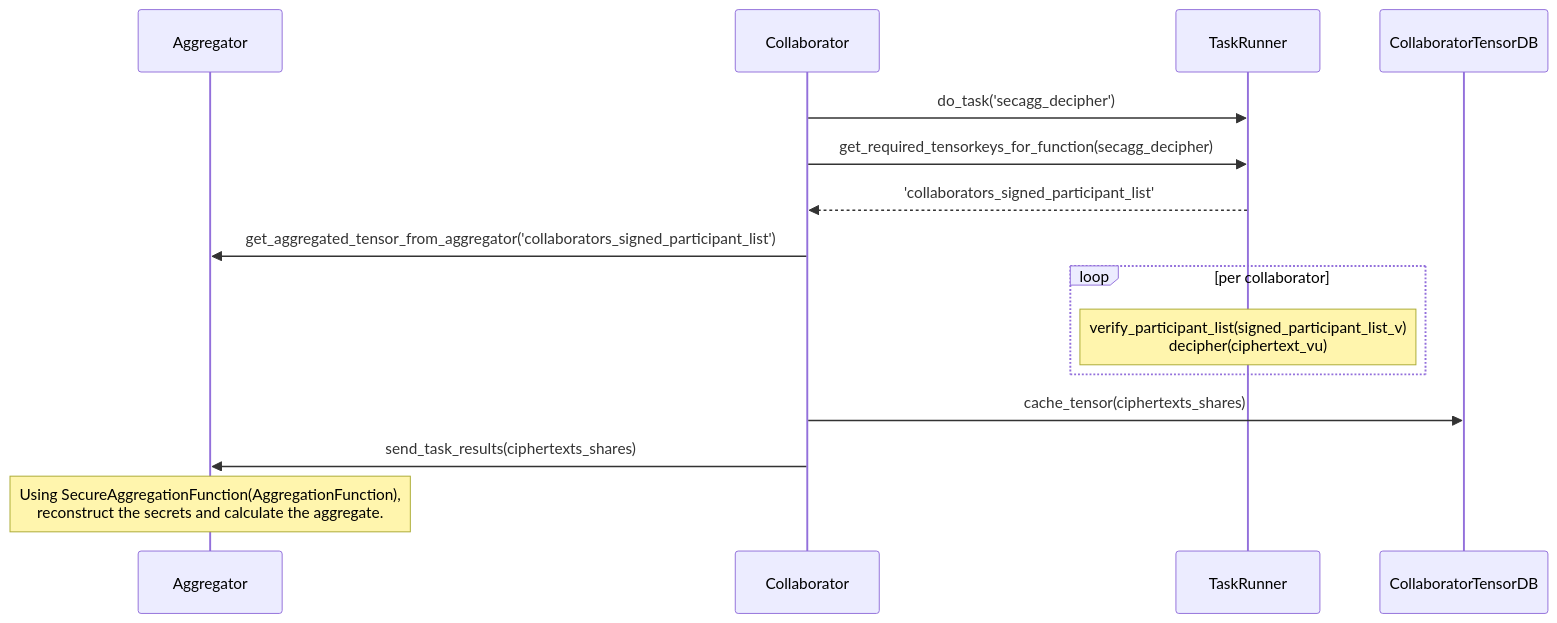
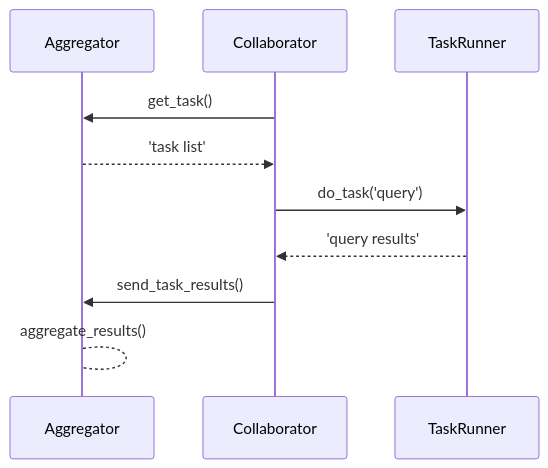
The diagram in openfl-workspace/federated_analytics/histogram/src/seq_dia.mmd (tanwarsh/openfl), drawn with Mermaid before and after one commit.

Commit message:
code changes

```diff
--- a/openfl-workspace/federated_analytics/histogram/src/seq_dia.mmd
+++ b/openfl-workspace/federated_analytics/histogram/src/seq_dia.mmd
@@ -1,17 +1,12 @@
 sequenceDiagram
     participant agg as Aggregator
     participant collab as Collaborator
     participant TaskRunner
-    participant tdb as CollaboratorTensorDB
 
-    collab->>TaskRunner: do_task('secagg_decipher')
-    collab->>TaskRunner: get_required_tensorkeys_for_function(secagg_decipher)
-    TaskRunner-->>collab: 'collaborators_signed_participant_list'
-    collab->>agg: get_aggregated_tensor_from_aggregator('collaborators_signed_participant_list')
-    loop per collaborator
-        Note over TaskRunner: verify_participant_list(signed_participant_list_v)<br/>decipher(ciphertext_vu)
-    end
-    collab->>tdb: cache_tensor(ciphertexts_shares)
-    collab->>agg: send_task_results(ciphertexts_shares)
+    collab->>agg: get_task()
+    agg-->>collab: 'task list'
+    collab->>TaskRunner: do_task('query')
+    TaskRunner-->>collab: 'query results'
 
-    Note over agg: Using SecureAggregationFunction(AggregationFunction),<br/>reconstruct the secrets and calculate the aggregate.
+    collab->>agg: send_task_results()
+    agg-->agg: aggregate_results()
```
